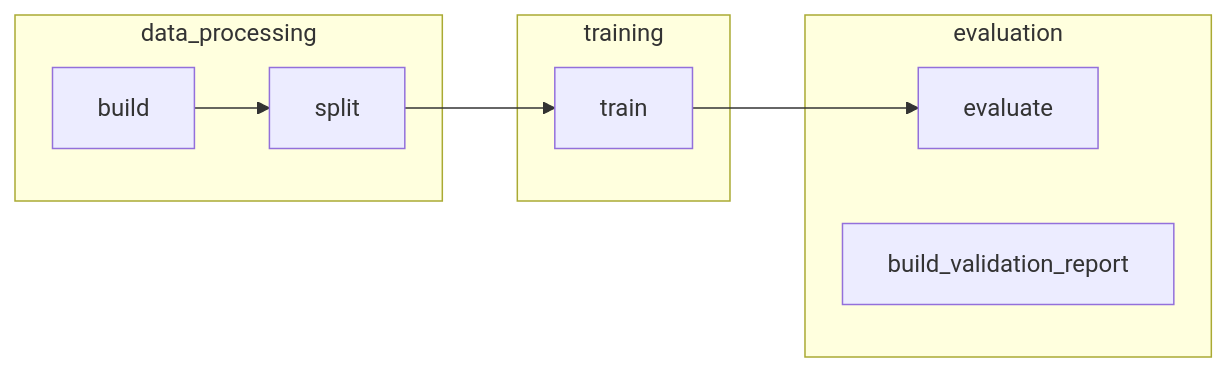
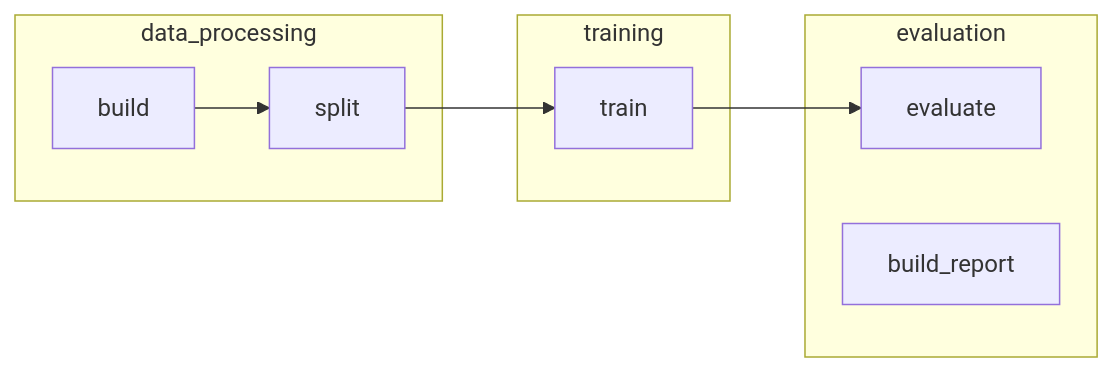
The diagram in README.md (Alwaysontire/mamba-vs-transformer), drawn with Mermaid before and after one commit. The commit also changed 27 other files, not shown here.

````diff
--- a/README.md
+++ b/README.md
@@ -31,15 +31,15 @@
 ```mermaid
 flowchart LR
     build --> split --> train --> evaluate
     subgraph data_processing
         build
         split
     end
     subgraph training
         train
     end
     subgraph evaluation
         evaluate
-        build_validation_report
+        build_report
     end
 ```
````
